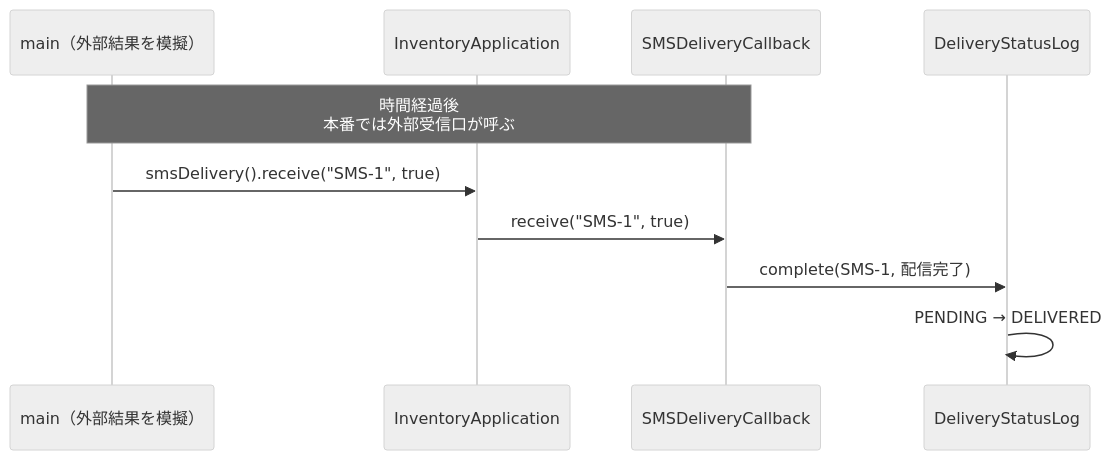
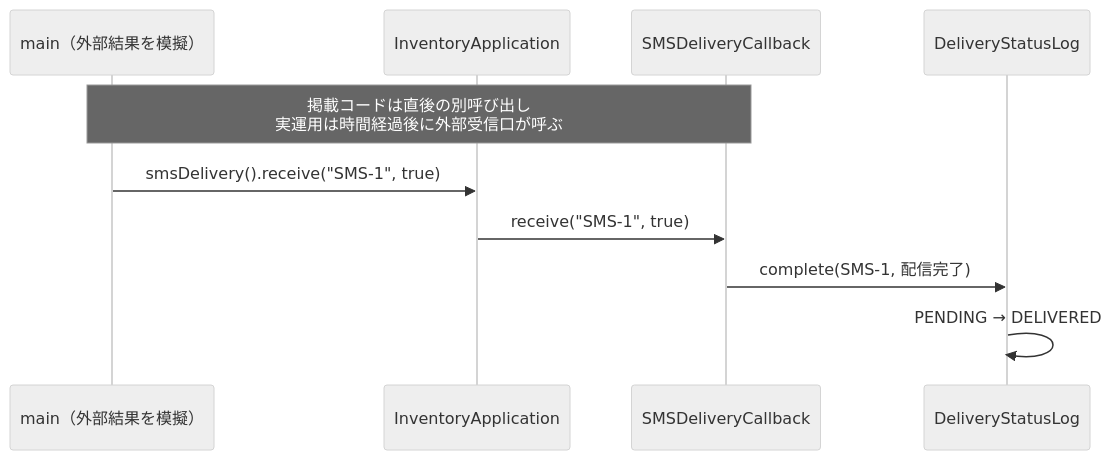
Diagram 17 of 19 in kindle/design-patterns/books/volume01-core-patterns/output/05-chapter03.md (kumachan1101-pixel/DesignPattern), drawn with Mermaid (neutral theme) before and after one commit. The commit also changed other lines of this file and 3 other files, not shown here.

````diff
--- a/kindle/design-patterns/books/volume01-core-patterns/output/05-chapter03.md
+++ b/kindle/design-patterns/books/volume01-core-patterns/output/05-chapter03.md
@@ -2055,13 +2059,13 @@
 ```mermaid
 sequenceDiagram
     participant M as main（外部結果を模擬）
     participant A as InventoryApplication
     participant CB as SMSDeliveryCallback
     participant L as DeliveryStatusLog
 
-    Note over M,CB: 時間経過後<br>本番では外部受信口が呼ぶ
+    Note over M,CB: 掲載コードは直後の別呼び出し<br>実運用は時間経過後に外部受信口が呼ぶ
     M->>A: smsDelivery().receive("SMS-1", true)
     A->>CB: receive("SMS-1", true)
     CB->>L: complete(SMS-1, 配信完了)
     L->>L: PENDING → DELIVERED
 ```
````
